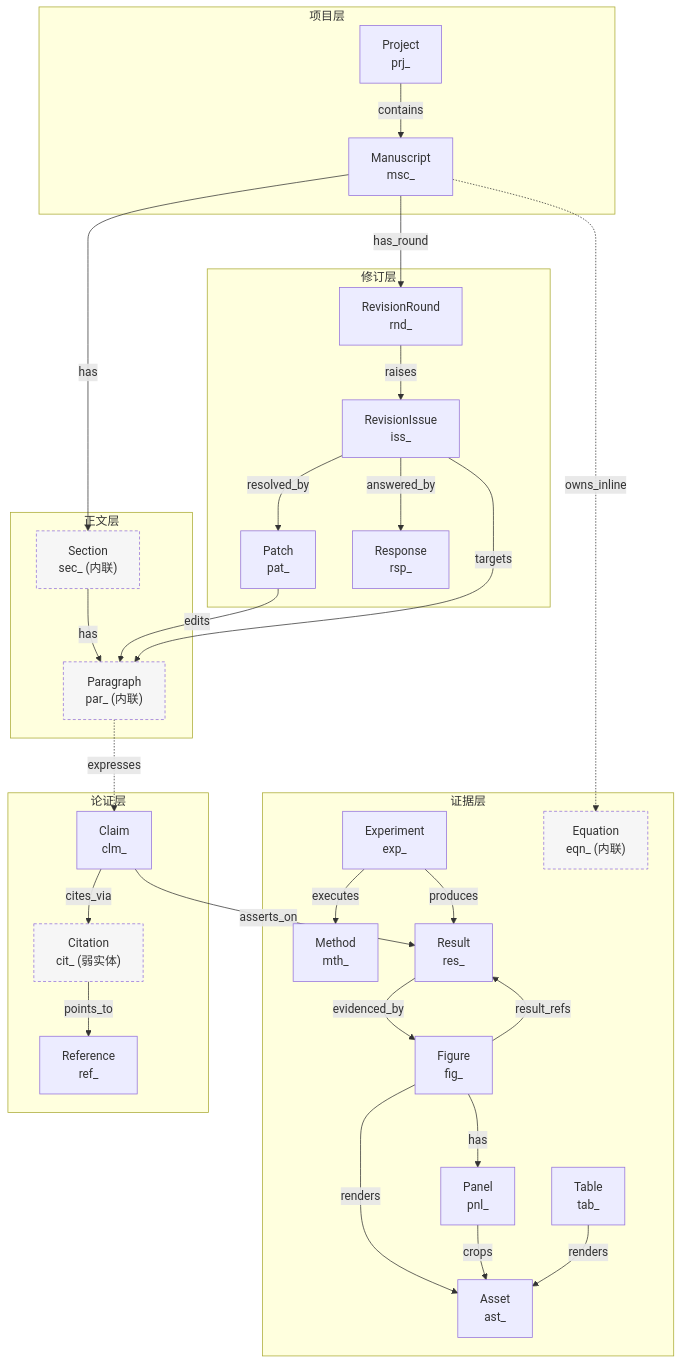
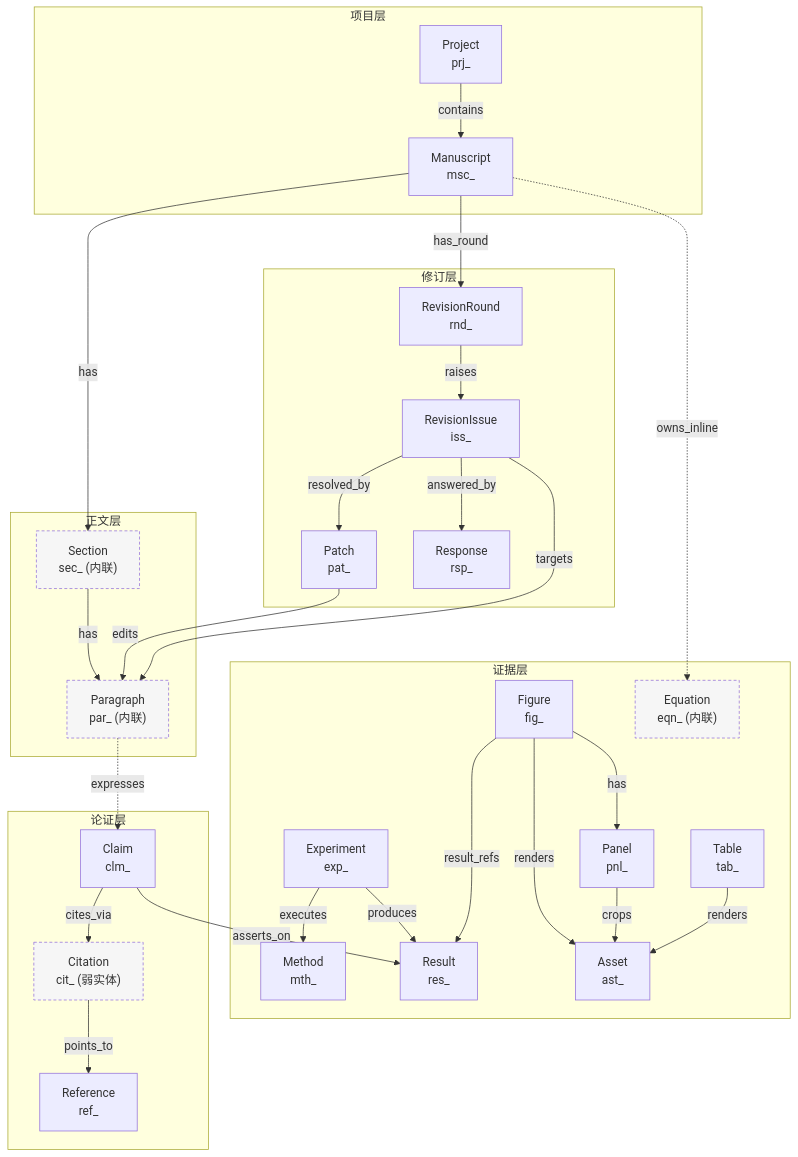
Before and after one commit to lianlianna909/recensio: the diagram in research/data-model/SCIENTIFIC_DATA_MODEL_PROPOSAL.md, drawn with Mermaid. The commit also changed other lines of this file and 22 other files, not shown here.

````diff
--- a/research/data-model/SCIENTIFIC_DATA_MODEL_PROPOSAL.md
+++ b/research/data-model/SCIENTIFIC_DATA_MODEL_PROPOSAL.md
@@ -80,63 +80,62 @@
 ```mermaid
 graph TD
   subgraph 项目层
     PRJ["Project<br/>prj_"]
     MSC["Manuscript<br/>msc_"]
   end
 
   subgraph 正文层
     SEC["Section<br/>sec_ (内联)"]
     PAR["Paragraph<br/>par_ (内联)"]
   end
 
   subgraph 证据层
     EXP["Experiment<br/>exp_"]
     MTH["Method<br/>mth_"]
     RES["Result<br/>res_"]
     FIG["Figure<br/>fig_"]
     PNL["Panel<br/>pnl_"]
     TAB["Table<br/>tab_"]
     EQN["Equation<br/>eqn_ (内联)"]
     AST["Asset<br/>ast_"]
   end
 
   subgraph 论证层
     CLM["Claim<br/>clm_"]
     REF["Reference<br/>ref_"]
     CIT["Citation<br/>cit_ (弱实体)"]
   end
 
   subgraph 修订层
     RND["RevisionRound<br/>rnd_"]
     ISS["RevisionIssue<br/>iss_"]
     PAT["Patch<br/>pat_"]
     RSP["Response<br/>rsp_"]
   end
 
   PRJ -->|contains| MSC
   MSC -->|has| SEC
   SEC -->|has| PAR
   EXP -->|executes| MTH
   EXP -->|produces| RES
-  RES -->|evidenced_by| FIG
   FIG -->|has| PNL
   FIG -->|renders| AST
   PNL -->|crops| AST
   FIG -->|result_refs| RES
   TAB -->|renders| AST
   MSC -.->|owns_inline| EQN
   CLM -->|asserts_on| RES
   CLM -->|cites_via| CIT
   CIT -->|points_to| REF
   PAR -.->|expresses| CLM
   MSC -->|has_round| RND
   RND -->|raises| ISS
   ISS -->|resolved_by| PAT
   ISS -->|answered_by| RSP
   PAT -->|edits| PAR
   ISS -->|targets| PAR
 
   classDef weak stroke-dasharray: 4 3,fill:#f6f6f6
   class CIT weak
   class SEC,PAR,EQN weak
 ```
````
